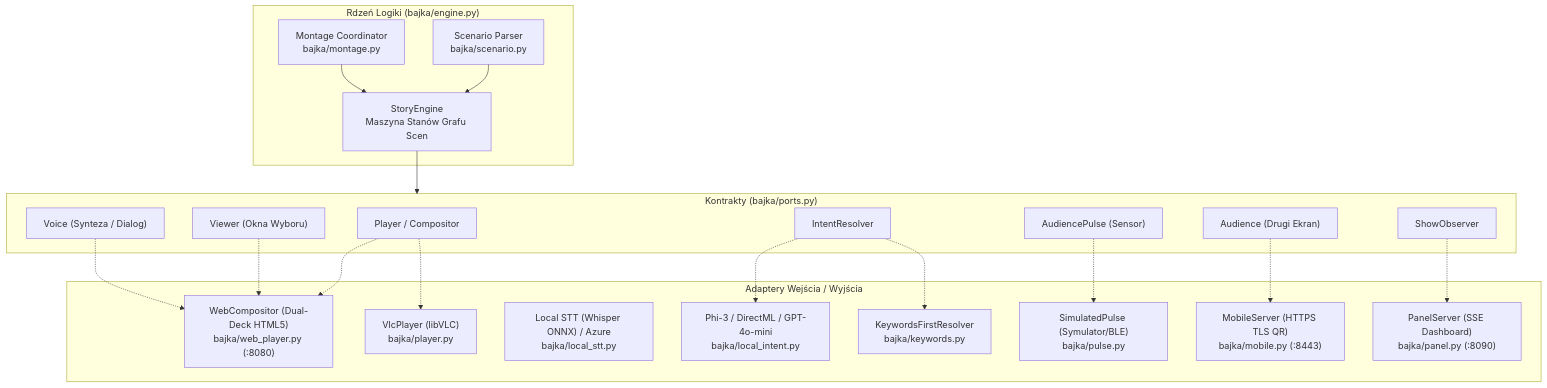
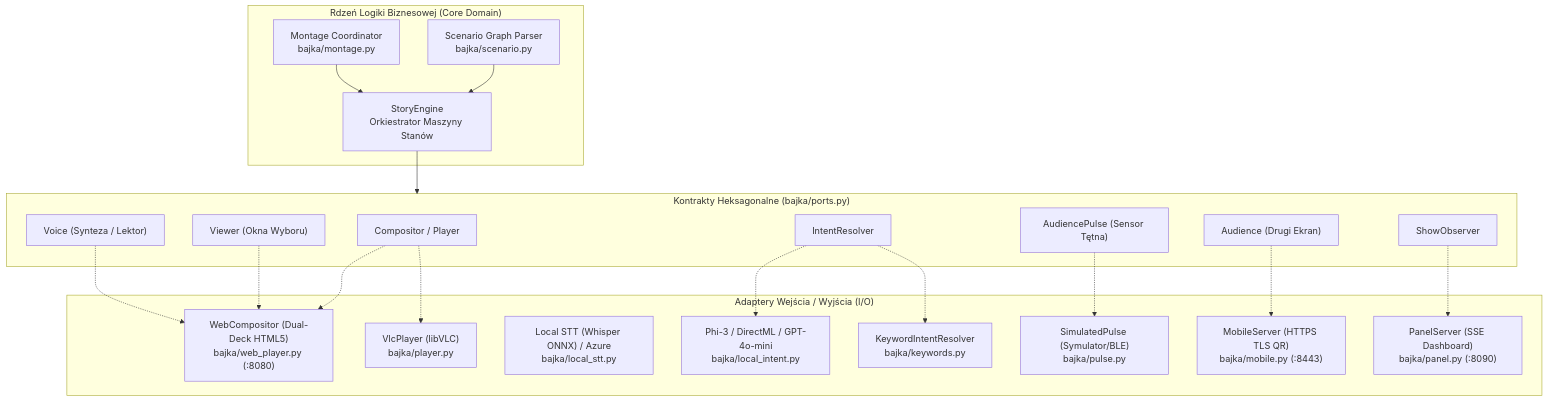
Before and after one commit to KsaweryTrebacz/FilmSpringOpen2026: the diagram in docs/DOKUMENTACJA_TECHNICZNA.md, drawn with Mermaid. The commit also changed other lines of this file, not shown here.

````diff
--- a/docs/DOKUMENTACJA_TECHNICZNA.md
+++ b/docs/DOKUMENTACJA_TECHNICZNA.md
@@ -11,43 +41,43 @@
 ```mermaid
 flowchart TD
-    subgraph Core ["Rdzeń Logiki (bajka/engine.py)"]
-        SE[StoryEngine<br/>Maszyna Stanów Grafu Scen]
-        SC[Scenario Parser<br/>bajka/scenario.py]
+    subgraph Core ["Rdzeń Logiki Biznesowej (Core Domain)"]
+        SE[StoryEngine<br/>Orkiestrator Maszyny Stanów]
+        SC[Scenario Graph Parser<br/>bajka/scenario.py]
         MO[Montage Coordinator<br/>bajka/montage.py]
     end
 
-    subgraph Ports ["Kontrakty (bajka/ports.py)"]
-        P_Player["Player / Compositor"]
+    subgraph Ports ["Kontrakty Heksagonalne (bajka/ports.py)"]
+        P_Player["Compositor / Player"]
         P_Viewer["Viewer (Okna Wyboru)"]
-        P_Voice["Voice (Synteza / Dialog)"]
+        P_Voice["Voice (Synteza / Lektor)"]
         P_Intent["IntentResolver"]
-        P_Pulse["AudiencePulse (Sensor)"]
+        P_Pulse["AudiencePulse (Sensor Tętna)"]
         P_Audience["Audience (Drugi Ekran)"]
         P_Observer["ShowObserver"]
     end
 
-    subgraph Adapters ["Adaptery Wejścia / Wyjścia"]
+    subgraph Adapters ["Adaptery Wejścia / Wyjścia (I/O)"]
         A_Web["WebCompositor (Dual-Deck HTML5)<br/>bajka/web_player.py (:8080)"]
         A_VLC["VlcPlayer (libVLC)<br/>bajka/player.py"]
         A_STT["Local STT (Whisper ONNX) / Azure<br/>bajka/local_stt.py"]
         A_LLM["Phi-3 / DirectML / GPT-4o-mini<br/>bajka/local_intent.py"]
-        A_KW["KeywordsFirstResolver<br/>bajka/keywords.py"]
+        A_KW["KeywordIntentResolver<br/>bajka/keywords.py"]
         A_Pulse["SimulatedPulse (Symulator/BLE)<br/>bajka/pulse.py"]
         A_Mobile["MobileServer (HTTPS TLS QR)<br/>bajka/mobile.py (:8443)"]
         A_Panel["PanelServer (SSE Dashboard)<br/>bajka/panel.py (:8090)"]
     end
 
     SE --> Ports
     SC --> SE
     MO --> SE
 
     P_Player -.-> A_Web
     P_Player -.-> A_VLC
     P_Viewer -.-> A_Web
     P_Voice -.-> A_Web
     P_Intent -.-> A_LLM
     P_Intent -.-> A_KW
     P_Pulse -.-> A_Pulse
     P_Audience -.-> A_Mobile
     P_Observer -.-> A_Panel
 ```
````
